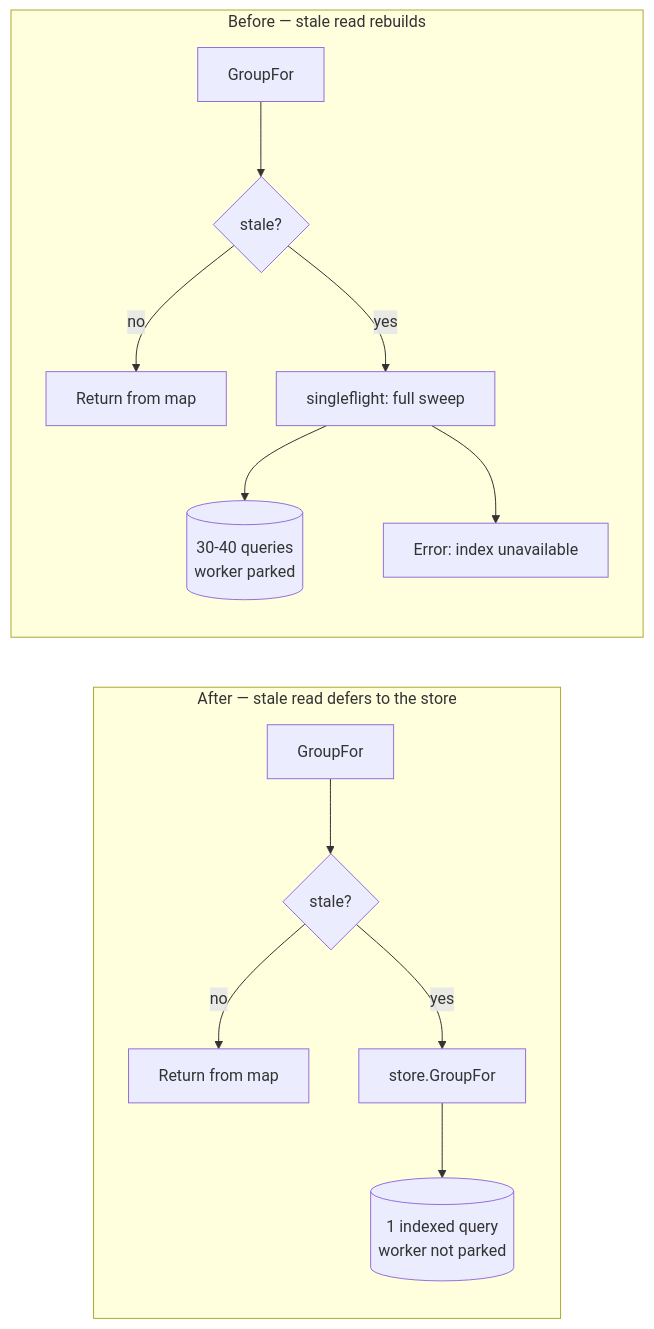
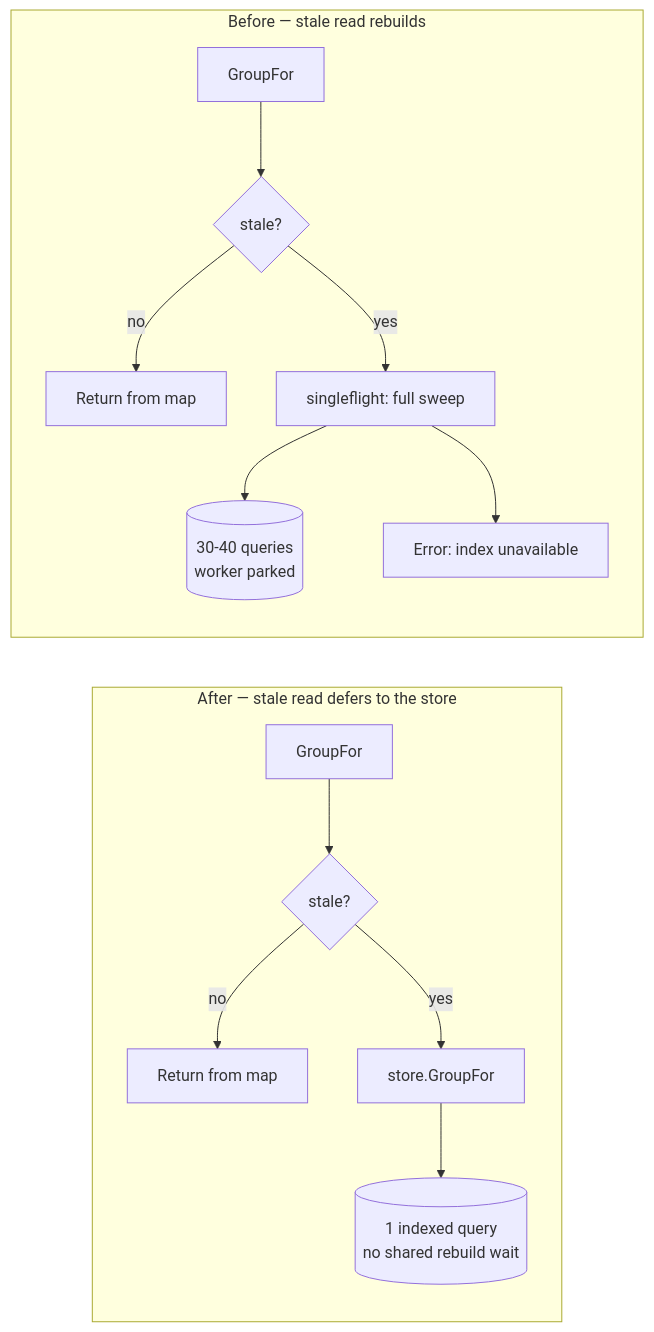
The fourth of 5 diagrams in _posts/2026-08-08-singleflight-is-not-a-rate-limiter.md (nobelk/nobelk.github.io), drawn with Mermaid before and after one commit. The commit also changed other lines of this file and 10 other files, not shown here.

````diff
--- a/_posts/2026-08-08-singleflight-is-not-a-rate-limiter.md
+++ b/_posts/2026-08-08-singleflight-is-not-a-rate-limiter.md
@@ -238,19 +246,19 @@
 ```mermaid
 flowchart TB
   subgraph BEFORE["Before — stale read rebuilds"]
     direction TB
     B1["GroupFor"] --> B2{"stale?"}
     B2 -->|no| B3["Return from map"]
     B2 -->|yes| B4["singleflight: full sweep"]
     B4 --> B5[("30-40 queries<br/>worker parked")]
     B4 --> B6["Error: index unavailable"]
   end
   subgraph AFTER["After — stale read defers to the store"]
     direction TB
     A1["GroupFor"] --> A2{"stale?"}
     A2 -->|no| A3["Return from map"]
     A2 -->|yes| A4["store.GroupFor"]
-    A4 --> A5[("1 indexed query<br/>worker not parked")]
+    A4 --> A5[("1 indexed query<br/>no shared rebuild wait")]
   end
   BEFORE ~~~ AFTER
 ```
````
